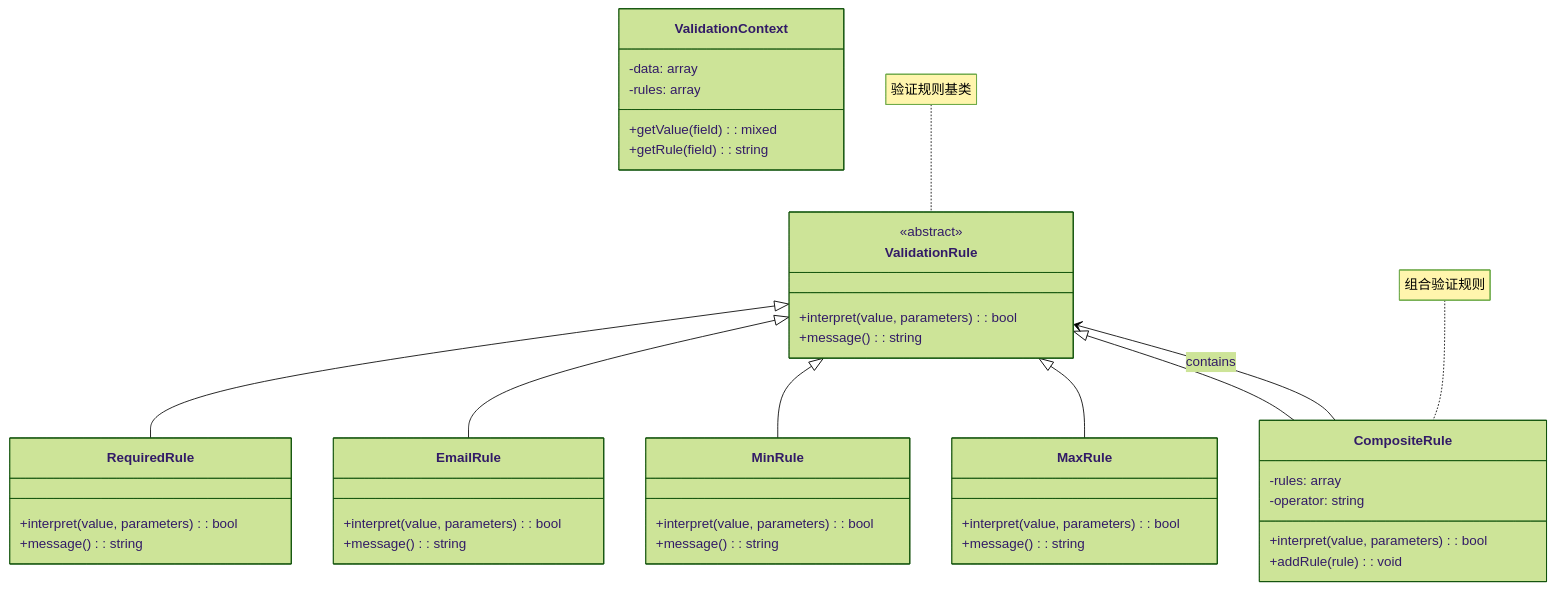
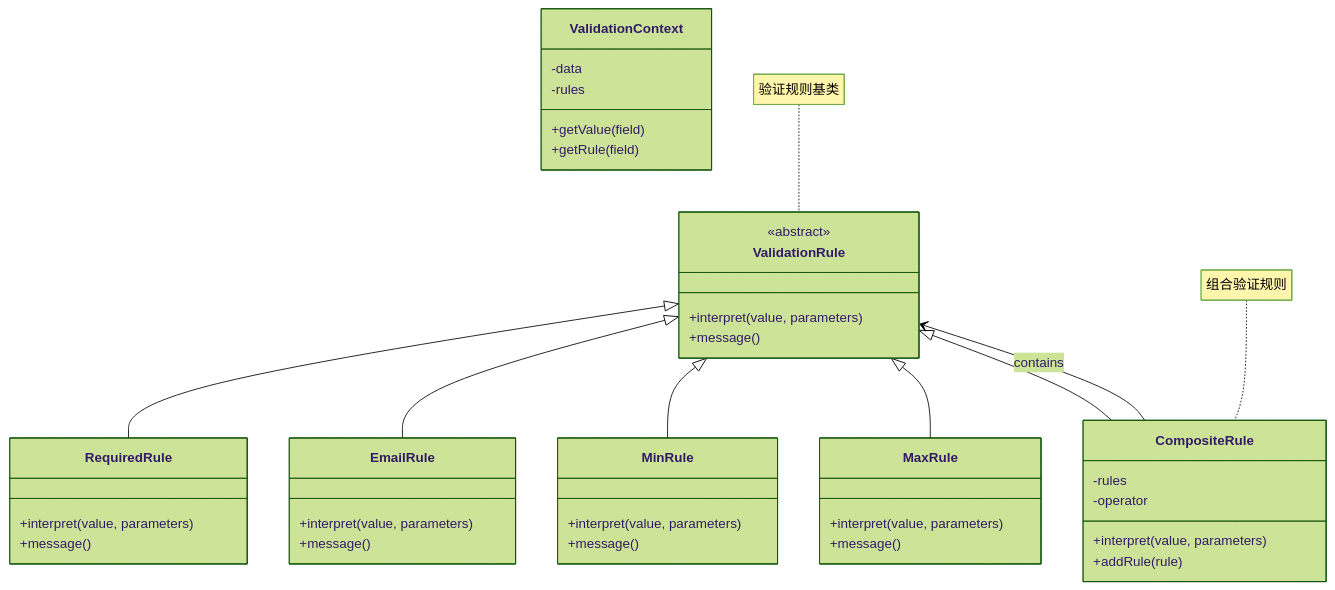
The fifth of 6 diagrams in resources/design-patterns/laravel/behavioral/interpreter_zh.md (fanly/DesignPattern), drawn with Mermaid (forest theme) before and after one commit. The commit also changed other lines of this file and 103 other files, not shown here.

````diff
--- a/resources/design-patterns/laravel/behavioral/interpreter_zh.md
+++ b/resources/design-patterns/laravel/behavioral/interpreter_zh.md
@@ -190,52 +190,52 @@
 ```mermaid
 classDiagram
     class ValidationRule {
         <<abstract>>
-        +interpret(value, parameters): bool
-        +message(): string
+        +interpret(value, parameters)
+        +message()
     }
     
     class RequiredRule {
-        +interpret(value, parameters): bool
-        +message(): string
+        +interpret(value, parameters)
+        +message()
     }
     
     class EmailRule {
-        +interpret(value, parameters): bool
-        +message(): string
+        +interpret(value, parameters)
+        +message()
     }
     
     class MinRule {
-        +interpret(value, parameters): bool
-        +message(): string
+        +interpret(value, parameters)
+        +message()
     }
     
     class MaxRule {
-        +interpret(value, parameters): bool
-        +message(): string
+        +interpret(value, parameters)
+        +message()
     }
     
     class CompositeRule {
-        -rules: array
-        -operator: string
-        +interpret(value, parameters): bool
-        +addRule(rule): void
+        -rules
+        -operator
+        +interpret(value, parameters)
+        +addRule(rule)
     }
     
     class ValidationContext {
-        -data: array
-        -rules: array
-        +getValue(field): mixed
-        +getRule(field): string
+        -data
+        -rules
+        +getValue(field)
+        +getRule(field)
     }
     
     ValidationRule <|-- RequiredRule
     ValidationRule <|-- EmailRule
     ValidationRule <|-- MinRule
     ValidationRule <|-- MaxRule
     ValidationRule <|-- CompositeRule
     CompositeRule --> ValidationRule : contains
     
     note for ValidationRule "验证规则基类"
     note for CompositeRule "组合验证规则"
 ```
````
